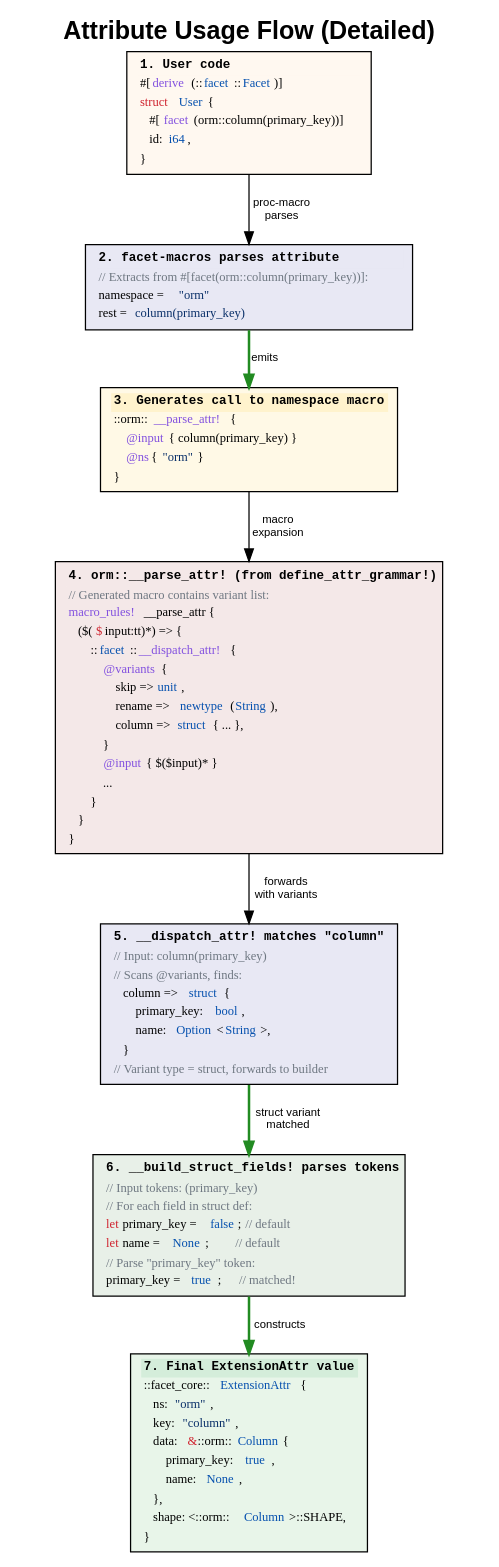
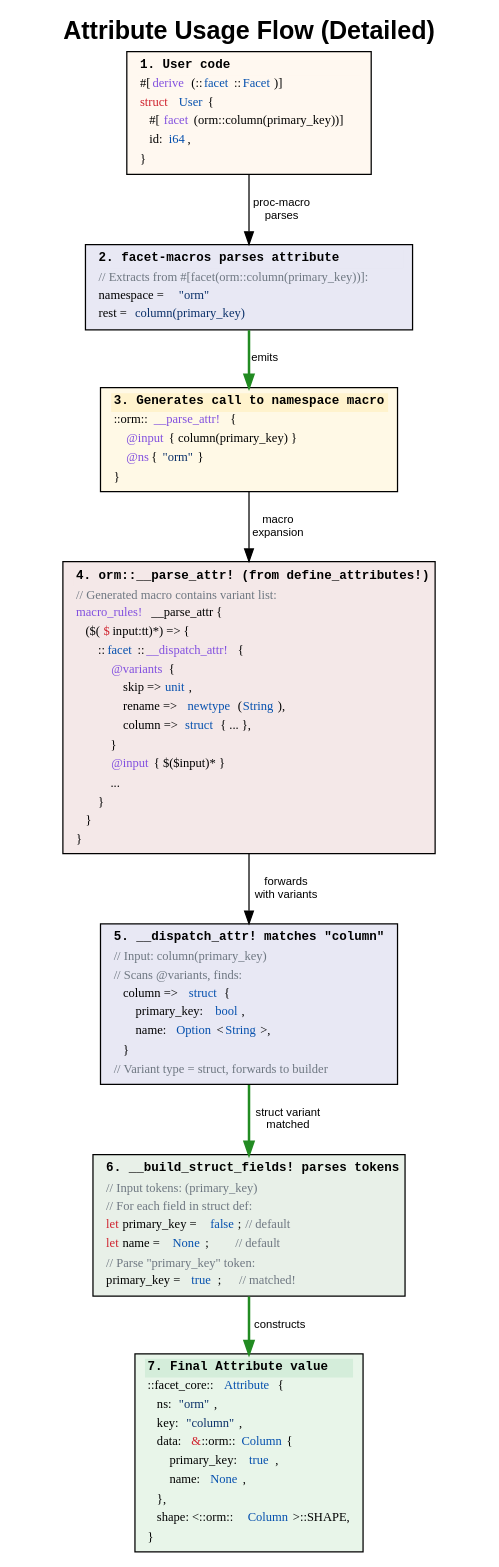
The diagram in drafts/diagrams/02-attribute-usage.dot (facet-rs/facet), drawn with Graphviz before and after one commit. The commit also changed 10 other files, not shown here.

```diff
--- a/drafts/diagrams/02-attribute-usage.dot
+++ b/drafts/diagrams/02-attribute-usage.dot
@@ -1,119 +1,119 @@
 // Attribute Usage Flow (Detailed)
 // Render: dot -Tsvg 02-attribute-usage.dot -o 02-attribute-usage.svg
 
 digraph attribute_usage {
     label="Attribute Usage Flow (Detailed)";
     labelloc="t";
     fontsize=20;
     fontname="Helvetica-Bold";
 
     node [shape=box, fontname="Monaco, Consolas, Courier", fontsize=10];
     edge [fontname="Helvetica", fontsize=9];
 
     rankdir=TB;
 
     // User code
     user_code [label=<
 <table border="0" cellspacing="0" cellpadding="2">
 <tr><td align="left" bgcolor="#fff8f0"><b>1. User code</b></td></tr>
 <tr><td align="left"><font face="Monaco">#[<font color="#8250df">derive</font>(::<font color="#0550ae">facet</font>::<font color="#0550ae">Facet</font>)]</font></td></tr>
 <tr><td align="left"><font face="Monaco"><font color="#cf222e">struct</font> <font color="#0550ae">User</font> {</font></td></tr>
 <tr><td align="left"><font face="Monaco">    #[<font color="#8250df">facet</font>(orm::column(primary_key))]</font></td></tr>
 <tr><td align="left"><font face="Monaco">    id: <font color="#0550ae">i64</font>,</font></td></tr>
 <tr><td align="left"><font face="Monaco">}</font></td></tr>
 </table>
     >, style=filled, fillcolor="#fff8f0"];
 
     // Derive macro parses and extracts
     derive_parse [label=<
 <table border="0" cellspacing="0" cellpadding="2">
 <tr><td align="left" bgcolor="#e8e8f4"><b>2. facet-macros parses attribute</b></td></tr>
 <tr><td align="left"><font face="Monaco" color="#6e7781">// Extracts from #[facet(orm::column(primary_key))]:</font></td></tr>
 <tr><td align="left"><font face="Monaco">namespace = <font color="#0a3069">"orm"</font></font></td></tr>
 <tr><td align="left"><font face="Monaco">rest = <font color="#0a3069">column(primary_key)</font></font></td></tr>
 </table>
     >, style=filled, fillcolor="#e8e8f4"];
 
     // Generated call to namespace macro
     gen_call [label=<
 <table border="0" cellspacing="0" cellpadding="2">
 <tr><td align="left" bgcolor="#fff3cd"><b>3. Generates call to namespace macro</b></td></tr>
 <tr><td align="left"><font face="Monaco">::orm::<font color="#8250df">__parse_attr!</font> {</font></td></tr>
 <tr><td align="left"><font face="Monaco">    <font color="#8250df">@input</font> { column(primary_key) }</font></td></tr>
 <tr><td align="left"><font face="Monaco">    <font color="#8250df">@ns</font> { <font color="#0a3069">"orm"</font> }</font></td></tr>
 <tr><td align="left"><font face="Monaco">}</font></td></tr>
 </table>
     >, style=filled, fillcolor="#fff9e6"];
 
     // __parse_attr! definition (in orm crate)
     parse_attr_def [label=<
 <table border="0" cellspacing="0" cellpadding="2">
-<tr><td align="left" bgcolor="#f4e8e8"><b>4. orm::__parse_attr! (from define_attr_grammar!)</b></td></tr>
+<tr><td align="left" bgcolor="#f4e8e8"><b>4. orm::__parse_attr! (from define_attributes!)</b></td></tr>
 <tr><td align="left"><font face="Monaco" color="#6e7781">// Generated macro contains variant list:</font></td></tr>
 <tr><td align="left"><font face="Monaco"><font color="#8250df">macro_rules!</font> __parse_attr {</font></td></tr>
 <tr><td align="left"><font face="Monaco">    ($(<font color="#cf222e">$</font>input:tt)*) =&gt; {</font></td></tr>
 <tr><td align="left"><font face="Monaco">        ::<font color="#0550ae">facet</font>::<font color="#8250df">__dispatch_attr!</font> {</font></td></tr>
 <tr><td align="left"><font face="Monaco">            <font color="#8250df">@variants</font> {</font></td></tr>
 <tr><td align="left"><font face="Monaco">                skip =&gt; <font color="#0550ae">unit</font>,</font></td></tr>
 <tr><td align="left"><font face="Monaco">                rename =&gt; <font color="#0550ae">newtype</font>(<font color="#0550ae">String</font>),</font></td></tr>
 <tr><td align="left"><font face="Monaco">                column =&gt; <font color="#0550ae">struct</font> { ... },</font></td></tr>
 <tr><td align="left"><font face="Monaco">            }</font></td></tr>
 <tr><td align="left"><font face="Monaco">            <font color="#8250df">@input</font> { $($input)* }</font></td></tr>
 <tr><td align="left"><font face="Monaco">            ...</font></td></tr>
 <tr><td align="left"><font face="Monaco">        }</font></td></tr>
 <tr><td align="left"><font face="Monaco">    }</font></td></tr>
 <tr><td align="left"><font face="Monaco">}</font></td></tr>
 </table>
     >, style=filled, fillcolor="#f4e8e8"];
 
     // __dispatch_attr! matches variant
     dispatch_match [label=<
 <table border="0" cellspacing="0" cellpadding="2">
 <tr><td align="left" bgcolor="#e8e8f4"><b>5. __dispatch_attr! matches "column"</b></td></tr>
 <tr><td align="left"><font face="Monaco" color="#6e7781">// Input: column(primary_key)</font></td></tr>
 <tr><td align="left"><font face="Monaco" color="#6e7781">// Scans @variants, finds:</font></td></tr>
 <tr><td align="left"><font face="Monaco">    column =&gt; <font color="#0550ae">struct</font> {</font></td></tr>
 <tr><td align="left"><font face="Monaco">        primary_key: <font color="#0550ae">bool</font>,</font></td></tr>
 <tr><td align="left"><font face="Monaco">        name: <font color="#0550ae">Option</font>&lt;<font color="#0550ae">String</font>&gt;,</font></td></tr>
 <tr><td align="left"><font face="Monaco">    }</font></td></tr>
 <tr><td align="left"><font face="Monaco" color="#6e7781">// Variant type = struct, forwards to builder</font></td></tr>
 </table>
     >, style=filled, fillcolor="#e8e8f4"];
 
     // Build struct fields
     build_struct [label=<
 <table border="0" cellspacing="0" cellpadding="2">
 <tr><td align="left" bgcolor="#e8f0e8"><b>6. __build_struct_fields! parses tokens</b></td></tr>
 <tr><td align="left"><font face="Monaco" color="#6e7781">// Input tokens: (primary_key)</font></td></tr>
 <tr><td align="left"><font face="Monaco" color="#6e7781">// For each field in struct def:</font></td></tr>
 <tr><td align="left"><font face="Monaco"><font color="#cf222e">let</font> primary_key = <font color="#0550ae">false</font>; <font color="#6e7781">// default</font></font></td></tr>
 <tr><td align="left"><font face="Monaco"><font color="#cf222e">let</font> name = <font color="#0550ae">None</font>;         <font color="#6e7781">// default</font></font></td></tr>
 <tr><td align="left"><font face="Monaco" color="#6e7781">// Parse "primary_key" token:</font></td></tr>
 <tr><td align="left"><font face="Monaco">primary_key = <font color="#0550ae">true</font>;      <font color="#6e7781">// matched!</font></font></td></tr>
 </table>
     >, style=filled, fillcolor="#e8f0e8"];
 
     // Final constructed value
     final_value [label=<
 <table border="0" cellspacing="0" cellpadding="2">
-<tr><td align="left" bgcolor="#d4edda"><b>7. Final ExtensionAttr value</b></td></tr>
-<tr><td align="left"><font face="Monaco">::facet_core::<font color="#0550ae">ExtensionAttr</font> {</font></td></tr>
+<tr><td align="left" bgcolor="#d4edda"><b>7. Final Attribute value</b></td></tr>
+<tr><td align="left"><font face="Monaco">::facet_core::<font color="#0550ae">Attribute</font> {</font></td></tr>
 <tr><td align="left"><font face="Monaco">    ns: <font color="#0a3069">"orm"</font>,</font></td></tr>
 <tr><td align="left"><font face="Monaco">    key: <font color="#0a3069">"column"</font>,</font></td></tr>
 <tr><td align="left"><font face="Monaco">    data: <font color="#cf222e">&amp;</font>::orm::<font color="#0550ae">Column</font> {</font></td></tr>
 <tr><td align="left"><font face="Monaco">        primary_key: <font color="#0550ae">true</font>,</font></td></tr>
 <tr><td align="left"><font face="Monaco">        name: <font color="#0550ae">None</font>,</font></td></tr>
 <tr><td align="left"><font face="Monaco">    },</font></td></tr>
 <tr><td align="left"><font face="Monaco">    shape: &lt;::orm::<font color="#0550ae">Column</font>&gt;::SHAPE,</font></td></tr>
 <tr><td align="left"><font face="Monaco">}</font></td></tr>
 </table>
     >, style=filled, fillcolor="#e8f5e9"];
 
     // Edges with descriptions
     user_code -> derive_parse [label="proc-macro\nparses", color="#666"];
     derive_parse -> gen_call [label="emits", color="#228b22", penwidth=2];
     gen_call -> parse_attr_def [label="macro\nexpansion", color="#666"];
     parse_attr_def -> dispatch_match [label="forwards\nwith variants", color="#666"];
     dispatch_match -> build_struct [label="struct variant\nmatched", color="#228b22", penwidth=2];
     build_struct -> final_value [label="constructs", color="#228b22", penwidth=2];
 }
```
